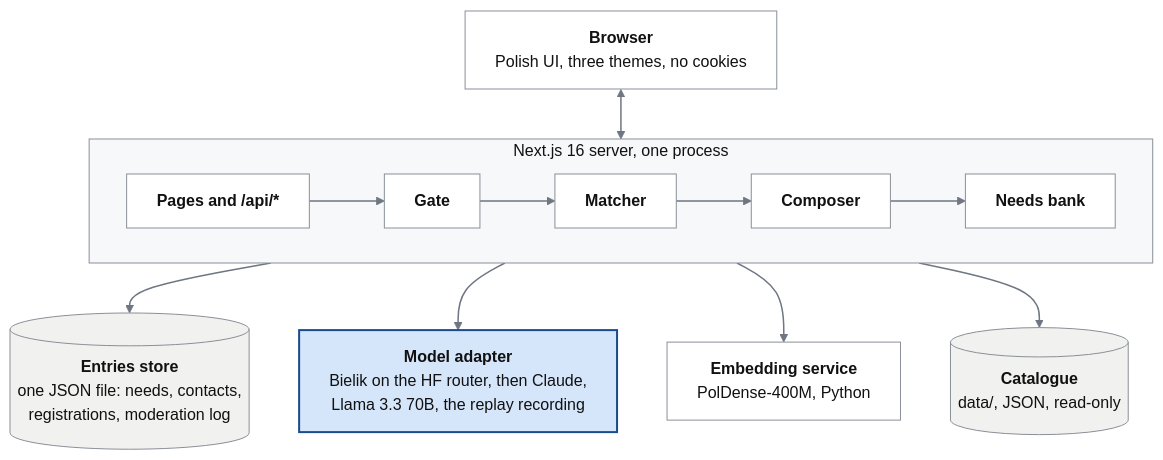
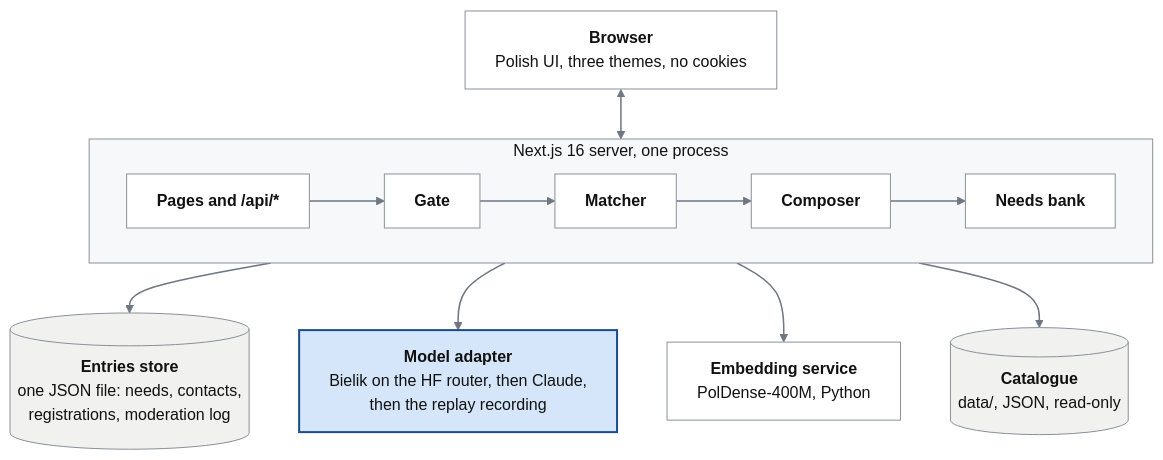
The second of 2 diagrams in README.md (bobrovsky420/hackyeah2026), drawn with Mermaid before and after one commit. The commit also changed other lines of this file and 69 other files, not shown here.

````diff
--- a/README.md
+++ b/README.md
@@ -136,30 +136,30 @@
 ```mermaid
 %%{init: {"flowchart": {"wrappingWidth": 360}}}%%
 flowchart TD
     browser["<b>Browser</b><br>Polish UI, three themes, no cookies"]
 
     subgraph server["Next.js 16 server, one process"]
         direction LR
         pages["<b>Pages and /api/*</b>"] --> gate["<b>Gate</b>"] --> matcher["<b>Matcher</b>"] --> composer["<b>Composer</b>"] --> needs["<b>Needs bank</b>"]
     end
 
     entries[("<b>Entries store</b><br>one JSON file: needs, contacts,<br>registrations, moderation log")]
-    llm["<b>Model adapter</b><br>Bielik on the HF router, then Claude,<br>Llama 3.3 70B, the replay recording"]
+    llm["<b>Model adapter</b><br>Bielik on the HF router, then Claude,<br>then the replay recording"]
     embed["<b>Embedding service</b><br>PolDense-400M, Python"]
     catalogue[("<b>Catalogue</b><br>data/, JSON, read-only")]
 
     browser <--> server
     server --> entries
     server --> llm
     server --> embed
     server --> catalogue
 
     classDef model fill:#d6e6fa,stroke:#1a4b8c,stroke-width:2px,color:#111
     classDef code fill:#ffffff,stroke:#8a8f98,color:#111
     classDef store fill:#f1f1ef,stroke:#8a8f98,color:#111
     class llm model
     class browser,pages,gate,matcher,composer,needs,embed code
     class catalogue,entries store
     style server fill:#f6f8fa,stroke:#8a8f98,color:#111
     linkStyle default stroke:#6e7681,stroke-width:1.5px
 ```
````
